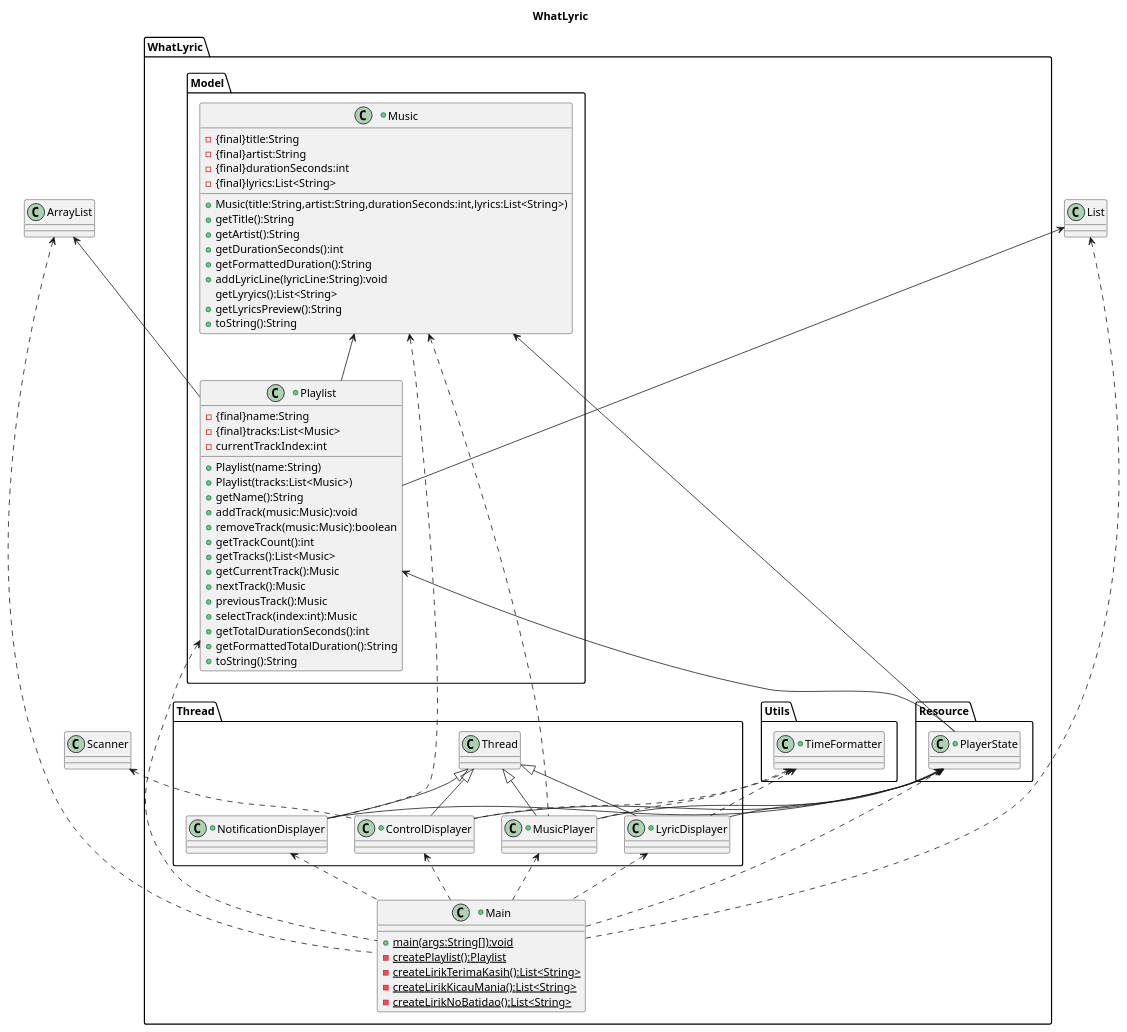
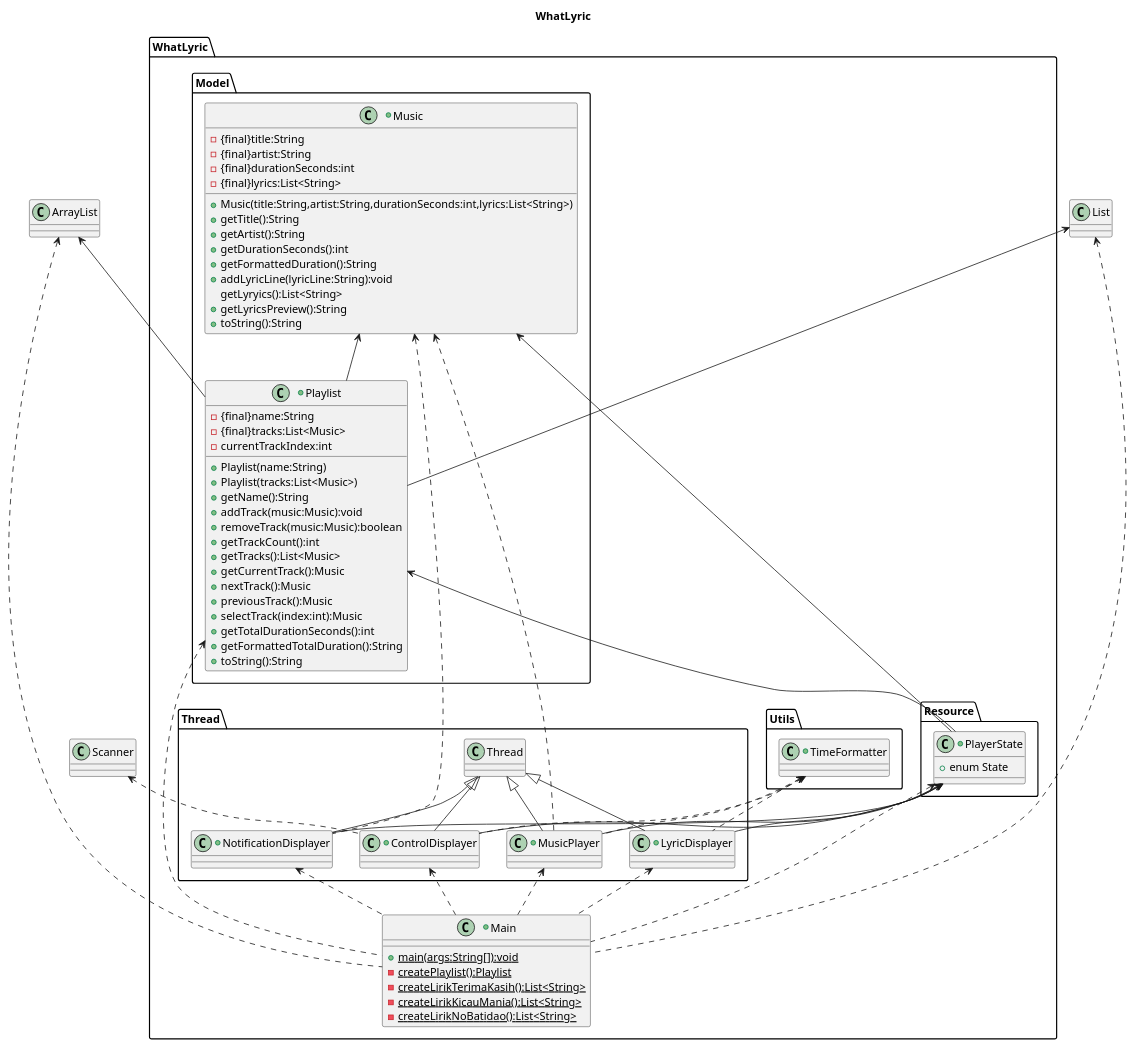
The diagram in main idea.puml (Radingka-UB/WhatLyric), drawn with PlantUML before and after one commit.

Commit message:
Add State enum to PlayerState class for improved state management

```diff
--- a/main idea.puml
+++ b/main idea.puml
@@ -1,107 +1,108 @@
 @startuml 
 title WhatLyric
 package WhatLyric{
   +class WhatLyric.Main{
     +{static}main(args:String[]):void
     -{static}createPlaylist():Playlist
     -{static}createLirikTerimaKasih():List<String>
     -{static}createLirikKicauMania():List<String>
     -{static}createLirikNoBatidao():List<String>
   }
   package Model{
     +class Music{
       -{final}title:String
       -{final}artist:String
       -{final}durationSeconds:int
       -{final}lyrics:List<String>
       +Music(title:String,artist:String,durationSeconds:int,lyrics:List<String>)
       +getTitle():String
       +getArtist():String
       +getDurationSeconds():int
       +getFormattedDuration():String
       +addLyricLine(lyricLine:String):void
       getLyryics():List<String>
       +getLyricsPreview():String
       +toString():String
     }
     +class Playlist{
       -{final}name:String
       -{final}tracks:List<Music>
       -currentTrackIndex:int
       +Playlist(name:String)
       +Playlist(tracks:List<Music>)
       +getName():String
       +addTrack(music:Music):void
       +removeTrack(music:Music):boolean
       +getTrackCount():int
       +getTracks():List<Music>
       +getCurrentTrack():Music
       +nextTrack():Music
       +previousTrack():Music
       +selectTrack(index:int):Music
       +getTotalDurationSeconds():int
       +getFormattedTotalDuration():String
       +toString():String
     }
   }
   package Resource{
     +class PlayerState{
-
+      +enum State
+      
     }
   }
   package Thread{
     +class MusicPlayer extends Thread{
 
     }
     +class LyricDisplayer extends Thread{
 
     }
     +class NotificationDisplayer extends Thread{
 
     }
     +class ControlDisplayer extends Thread{
 
     }
 
   }
   package Utils{
     +class TimeFormatter{
 
     }
 
   }
 }
 Music <-- Playlist
 ArrayList <-- Playlist
 List <-- Playlist
 PlayerState <-- MusicPlayer
 PlayerState <-- LyricDisplayer
 PlayerState <-- NotificationDisplayer
 PlayerState <-- ControlDisplayer
 Music <.. NotificationDisplayer
 Music <-- PlayerState
 Playlist <-- PlayerState
 TimeFormatter <.. MusicPlayer
 Music <.. MusicPlayer
 TimeFormatter <.. LyricDisplayer
 Scanner <.. ControlDisplayer
 TimeFormatter <.. ControlDisplayer
 Playlist <.. Main
 PlayerState <.. Main
 MusicPlayer <.. Main
 LyricDisplayer <.. Main
 NotificationDisplayer <.. Main
 ControlDisplayer <.. Main
 ArrayList <.. Main
 List <.. Main
 /'
 -ini program pemutar musik multithreading
 -tujuan program adalah implementasi thread maka user bisa input kapanpun walaupun program sedang menjalankan kegiatan lain
 -kontrol untuk memberikan user pilihan pemutar musik berupa pause, next, resume, stop, show playlist, previous, choice music by-n, quit 
 -kontrol muncul sekali saja di awal
 -pilihan stop mengulang timer ke 0 lagi, lirik terdampak
 -next dan previous itu berganti playlist
 -notifikasi akan menampilkan hal yang berhubungan dengan status musik setiap menit meskipun user lagi menghentikan lagu dan program belum dimatikan
 -kontrol tetap thread karena menunggu input user walaupun thread lain jalan
   '/
 @enduml
```
